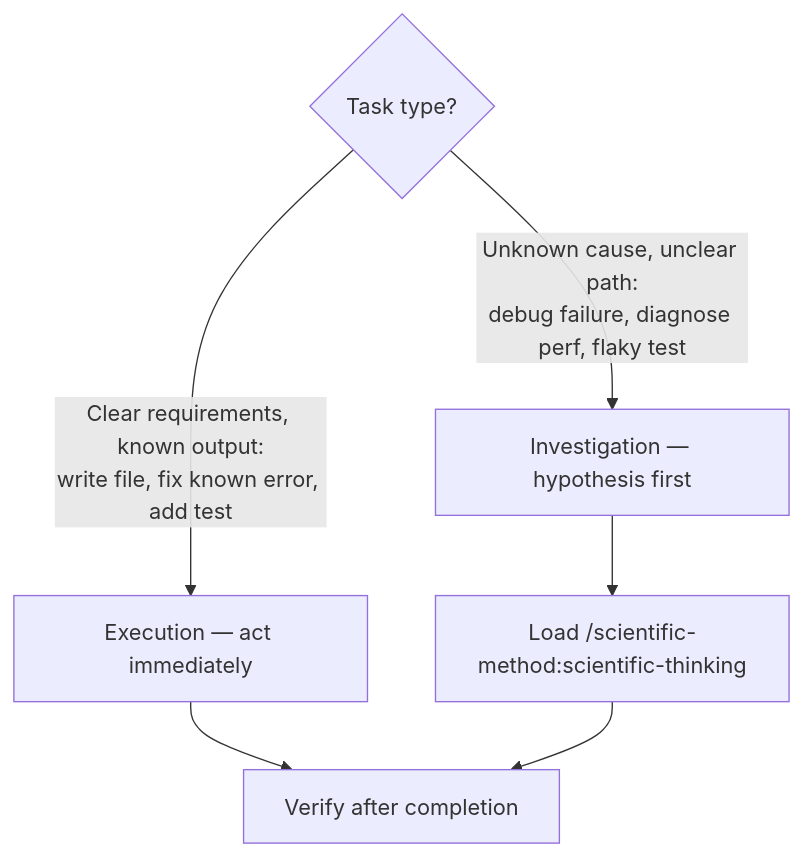
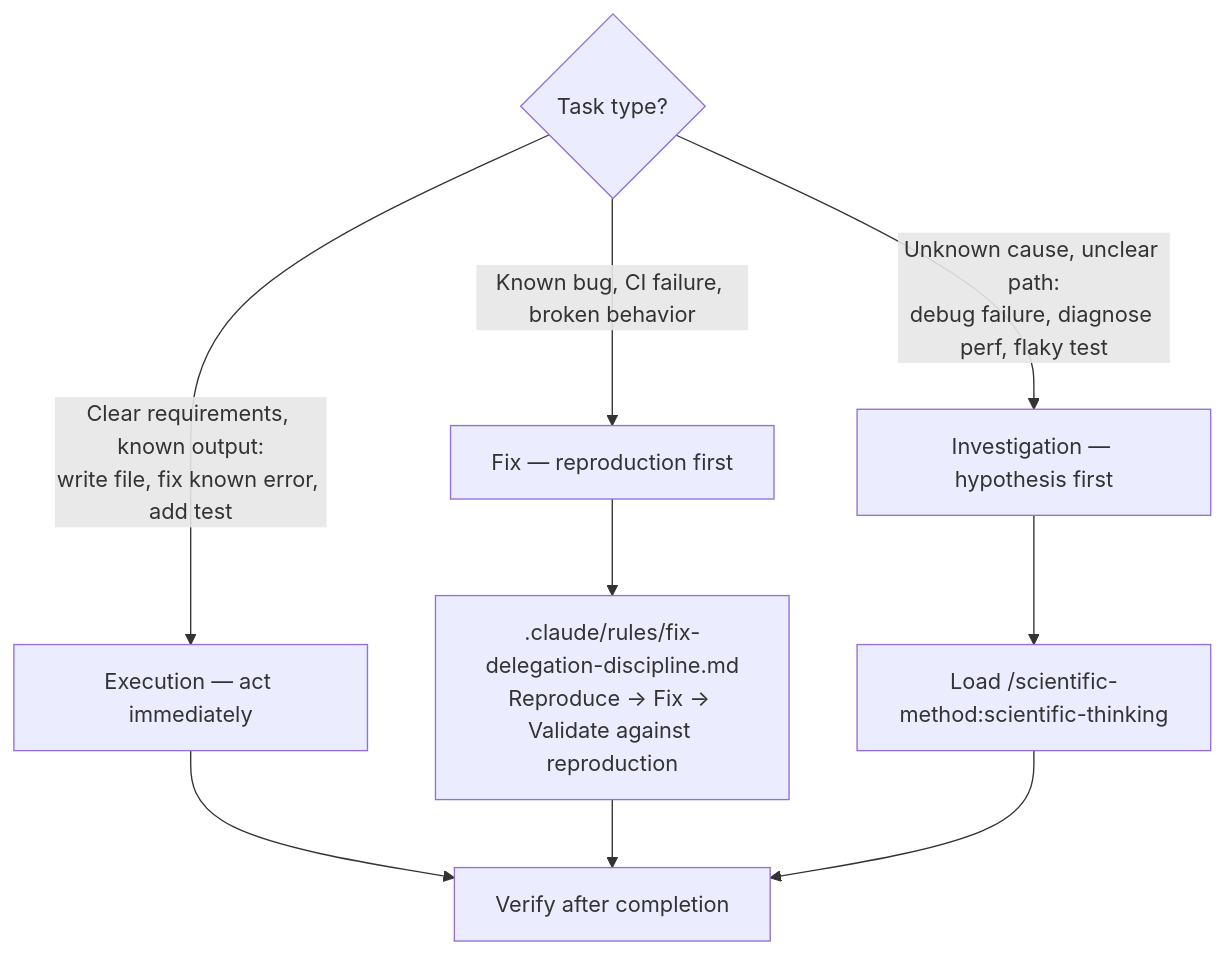
One commit to chgreer1070/claude_skills changed the second of 5 diagrams in .claude/CLAUDE.md. Above: the diagram before and after it, drawn with Mermaid. The commit also changed 1 other file, not shown here.

Commit message:
feat(rules): add fix-delegation-discipline for reproduction-first bug fixes
Add new task classification branch for known bugs/CI failures that
routes through reproduction-first workflow before fix and validation.

````diff
--- a/.claude/CLAUDE.md
+++ b/.claude/CLAUDE.md
@@ -110,8 +110,11 @@
 ```mermaid
 flowchart TD
     T{Task type?}
     T -->|"Clear requirements, known output:<br>write file, fix known error, add test"| Exec[Execution — act immediately]
+    T -->|"Known bug, CI failure, broken behavior"| Fix[Fix — reproduction first]
     T -->|"Unknown cause, unclear path:<br>debug failure, diagnose perf, flaky test"| Inv[Investigation — hypothesis first]
     Exec --> V[Verify after completion]
+    Fix --> FD[".claude/rules/fix-delegation-discipline.md<br>Reproduce → Fix → Validate against reproduction"]
+    FD --> V
     Inv --> H[Load /scientific-method:scientific-thinking] --> V
 ```
````
